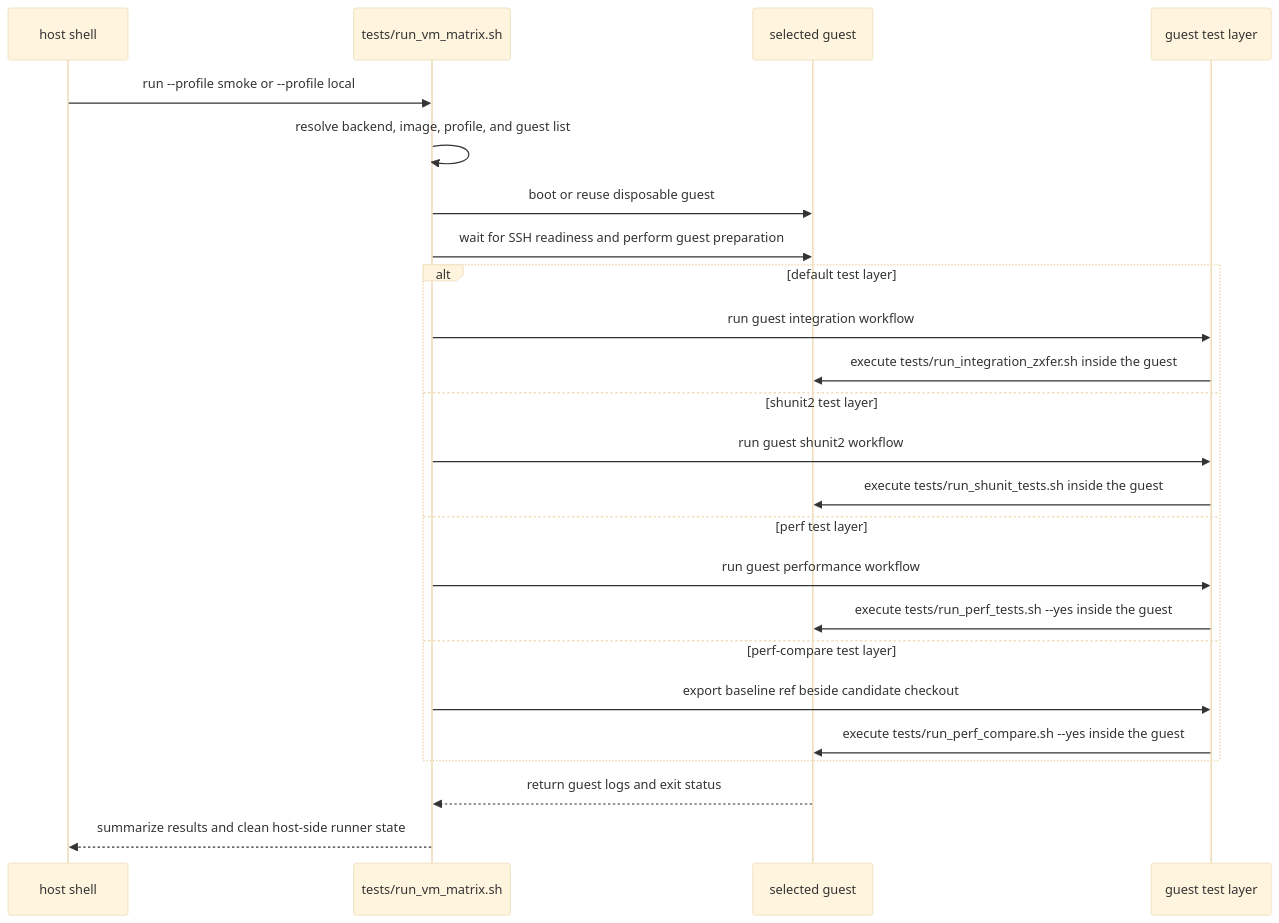
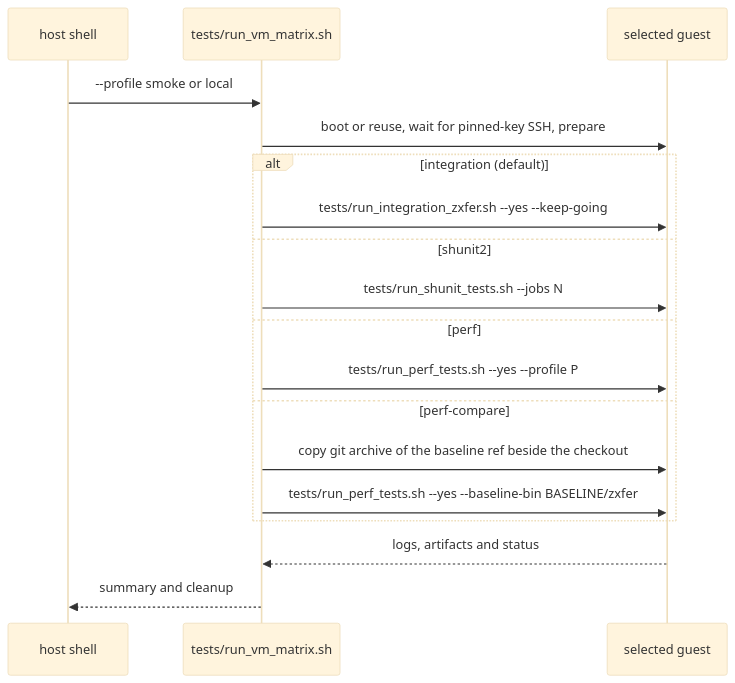
The second of 2 diagrams in docs/testing.md (totalAldo/zxfer), drawn with Mermaid (base theme) before and after one commit. The commit also changed other lines of this file and 36 other files, not shown here.

First line of the commit message:
Tooling: faster test runner with a watchdog; slimmer perf tools and docs

````diff
--- a/docs/testing.md
+++ b/docs/testing.md
@@ -621,27 +257,20 @@
 ```mermaid
 sequenceDiagram
     participant Host as host shell
     participant Matrix as tests/run_vm_matrix.sh
     participant Guest as selected guest
-    participant Layer as guest test layer
-
-    Host->>Matrix: run --profile smoke or --profile local
-    Matrix->>Matrix: resolve backend, image, profile, and guest list
-    Matrix->>Guest: boot or reuse disposable guest
-    Matrix->>Guest: wait for SSH readiness and perform guest preparation
-    alt default test layer
-        Matrix->>Layer: run guest integration workflow
-        Layer->>Guest: execute tests/run_integration_zxfer.sh inside the guest
-    else shunit2 test layer
-        Matrix->>Layer: run guest shunit2 workflow
-        Layer->>Guest: execute tests/run_shunit_tests.sh inside the guest
-    else perf test layer
-        Matrix->>Layer: run guest performance workflow
-        Layer->>Guest: execute tests/run_perf_tests.sh --yes inside the guest
-    else perf-compare test layer
-        Matrix->>Layer: export baseline ref beside candidate checkout
-        Layer->>Guest: execute tests/run_perf_compare.sh --yes inside the guest
+    Host->>Matrix: --profile smoke or local
+    Matrix->>Guest: boot or reuse, wait for pinned-key SSH, prepare
+    alt integration (default)
+        Matrix->>Guest: tests/run_integration_zxfer.sh --yes --keep-going
+    else shunit2
+        Matrix->>Guest: tests/run_shunit_tests.sh --jobs N
+    else perf
+        Matrix->>Guest: tests/run_perf_tests.sh --yes --profile P
+    else perf-compare
+        Matrix->>Guest: copy git archive of the baseline ref beside the checkout
+        Matrix->>Guest: tests/run_perf_tests.sh --yes --baseline-bin BASELINE/zxfer
     end
-    Guest-->>Matrix: return guest logs and exit status
-    Matrix-->>Host: summarize results and clean host-side runner state
+    Guest-->>Matrix: logs, artifacts and status
+    Matrix-->>Host: summary and cleanup
 ```
````
